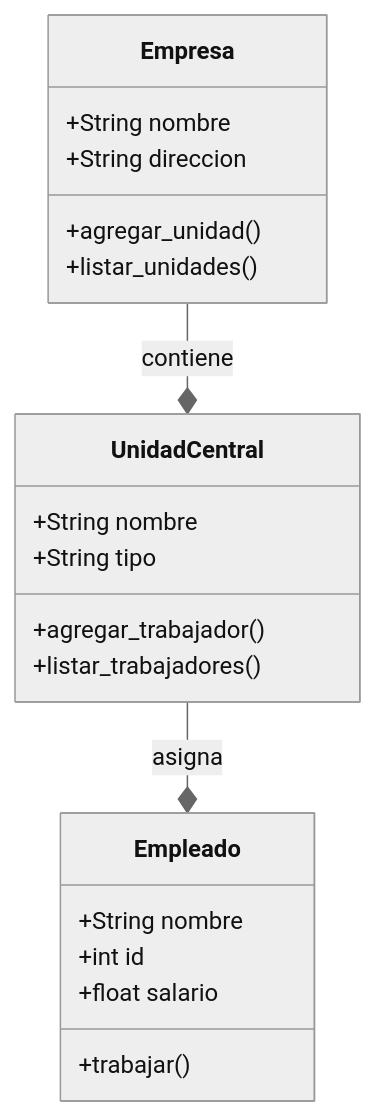
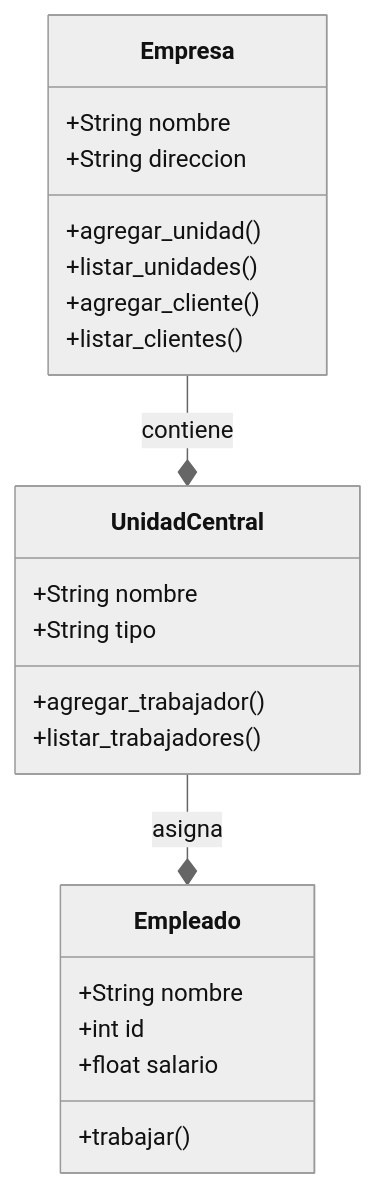
One commit to santgm56/Reto_2 changed the second of 5 diagrams in README.md. Above: the diagram before and after it, drawn with Mermaid (neutral theme). The commit also changed other lines of this file, not shown here.

````diff
--- a/README.md
+++ b/README.md
@@ -30,24 +65,26 @@
 ```mermaid
 classDiagram
     class Empresa{
         +String nombre
         +String direccion
         +agregar_unidad()
         +listar_unidades()
+        +agregar_cliente()
+        +listar_clientes()
     }
     class UnidadCentral{
         +String nombre
         +String tipo
         +agregar_trabajador()
         +listar_trabajadores()
     }
     class Empleado{
         +String nombre
         +int id
         +float salario
         +trabajar()
     }
 
 Empresa --* UnidadCentral : contiene
 UnidadCentral --* Empleado : asigna
 ```
````
